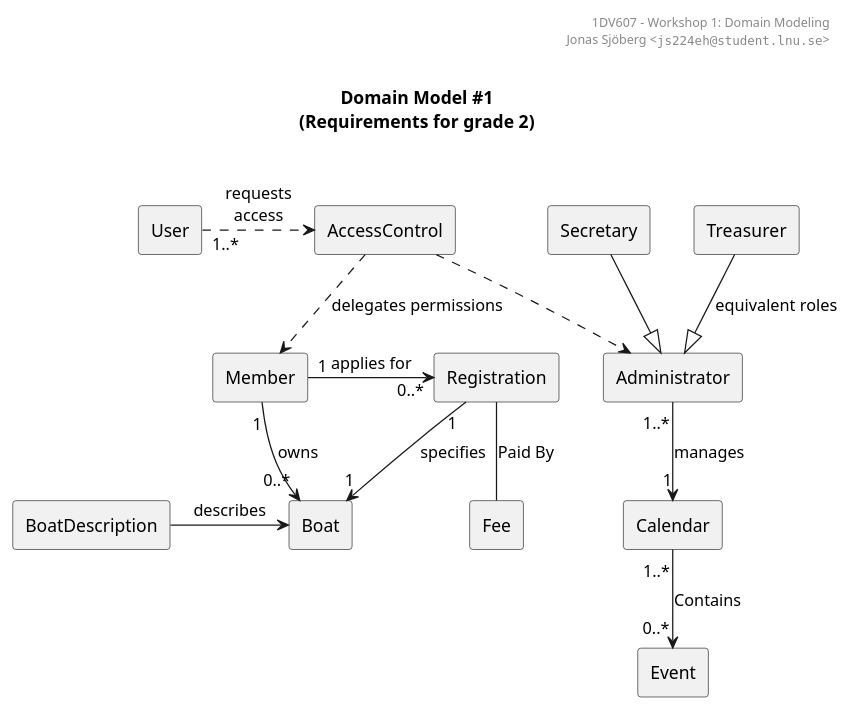
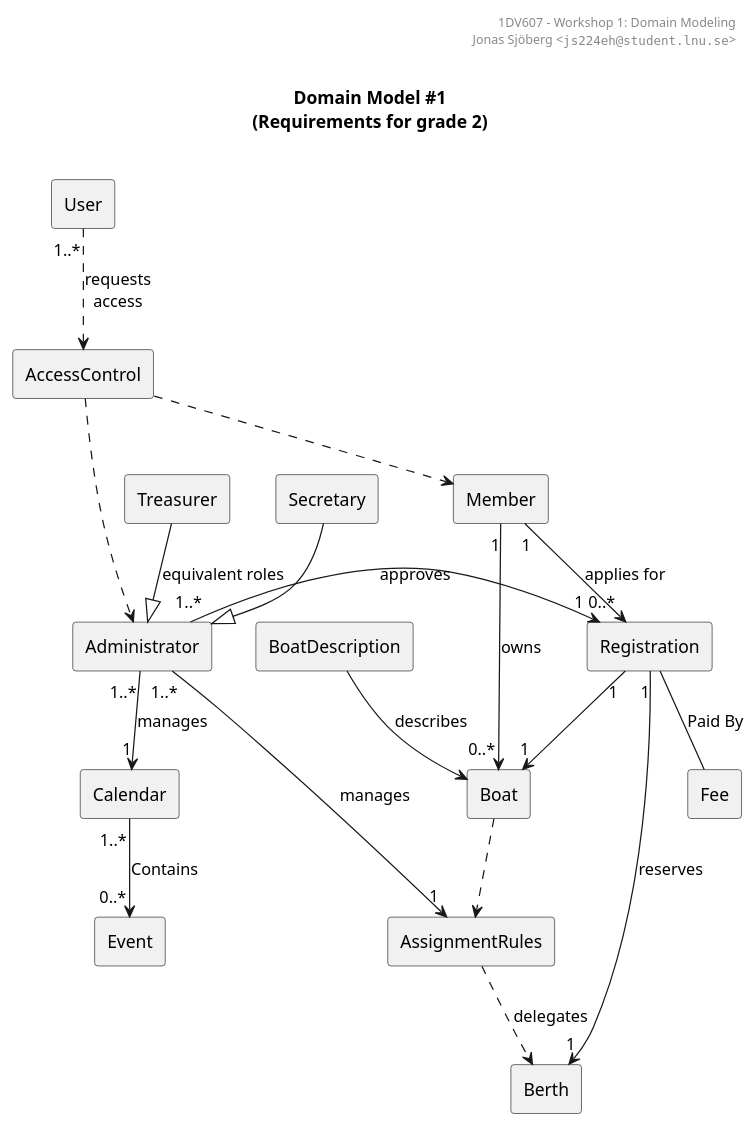
The diagram in workshop1/uml/1_authenticate_model.puml (jonasjberg/1dv607_workshop1), drawn with PlantUML before and after one commit. The commit also changed 2 other files, not shown here.

```diff
--- a/workshop1/uml/1_authenticate_model.puml
+++ b/workshop1/uml/1_authenticate_model.puml
@@ -11,58 +11,66 @@
 @startuml
 ' ______________________________________________________________________________
 ' ____ CONFIGURATION OPTIONS ___________________________________________________
 ' debug flag creates a 'svek.dot' and 'svek.svg' file in ~/
 ' !pragma svek_trace on
 
 skinparam {
     monochrome true
     'backgroundColor transparent
     classBackgroundColor transparent
     style strictuml
 }
 
 ' ______________________________________________________________________________
 ' ____ USECASE DIAGRAM _________________________________________________________
 
 header
 1DV607 - Workshop 1: Domain Modeling
 Jonas Sjöberg <""js224eh@student.lnu.se"">
 end header
 
 title \nDomain Model #1\n(Requirements for grade 2)\n
 
 agent User
 agent Administrator
 agent Member
 agent Treasurer
 agent Secretary
 
 agent AccessControl
+agent Berth
 agent Boat
 agent BoatDescription
 agent Calendar
 agent Event
 agent Fee
 agent Registration
+agent AssignmentRules
 
-AccessControl ..> Member : delegates permissions
+AccessControl ..> Member
 AccessControl ..> Administrator
 
-BoatDescription -> Boat : describes
+BoatDescription --> Boat : describes
 
 Treasurer --|> Administrator : equivalent roles
 Secretary --|> Administrator
 
-User "1..*" .> AccessControl : requests\naccess
+User "1..*" ..> AccessControl : requests\naccess
 
 Administrator "1..*" --> "1" Calendar : manages
+Administrator "1..*" --> "1" AssignmentRules : manages
+Administrator "1..*" -> "1" Registration : approves
 
 Member "1" --> "0..*" Boat : owns
-Member "1" -> "0..*" Registration : applies for
+Member "1" --> "0..*" Registration : applies for
 
 Registration -- Fee : Paid By
-Registration "1" --> "1" Boat : specifies
+Registration "1" --> "1" Boat
+Registration "1" -> "1" Berth : reserves
 
 Calendar "1..*" --> "0..*" Event : Contains
 
+Boat ..> AssignmentRules
+AssignmentRules ..> Berth : delegates
+
 @enduml
```
